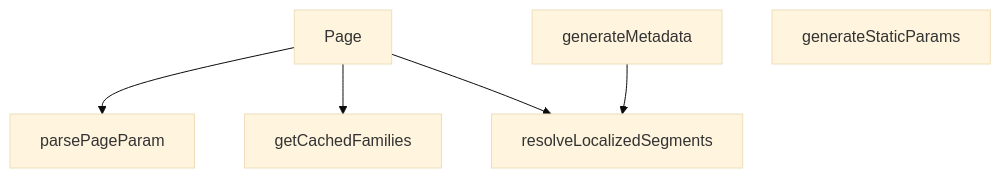
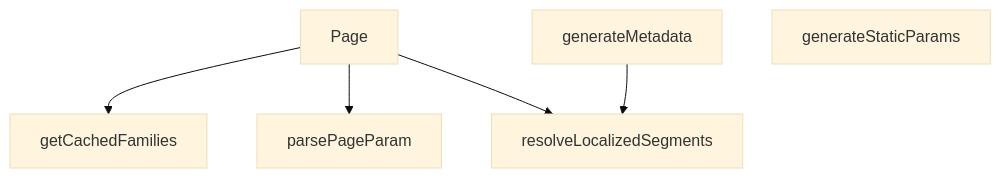
Before and after one commit to peckop/venthub-hvac-esite: the diagram in src/app/[lang]/category/[categorySlug]/[subCategorySlug]/page.md, drawn with Mermaid (base theme). The commit also changed other lines of this file and 189 other files, not shown here.

````diff
--- a/src/app/[lang]/category/[categorySlug]/[subCategorySlug]/page.md
+++ b/src/app/[lang]/category/[categorySlug]/[subCategorySlug]/page.md
@@ -253,13 +193,13 @@
 ```mermaid
 graph TD
     page_tsx__Page["Page"]
     page_tsx__generateMetadata["generateMetadata"]
     page_tsx__generateStaticParams["generateStaticParams"]
     page_tsx__getCachedFamilies["getCachedFamilies"]
     page_tsx__parsePageParam["parsePageParam"]
     page_tsx__resolveLocalizedSegments["resolveLocalizedSegments"]
+    page_tsx__generateMetadata --> page_tsx__resolveLocalizedSegments
+    page_tsx__Page --> page_tsx__getCachedFamilies
     page_tsx__Page --> page_tsx__parsePageParam
-    page_tsx__Page --> page_tsx__getCachedFamilies
     page_tsx__Page --> page_tsx__resolveLocalizedSegments
-    page_tsx__generateMetadata --> page_tsx__resolveLocalizedSegments
 ```
````
